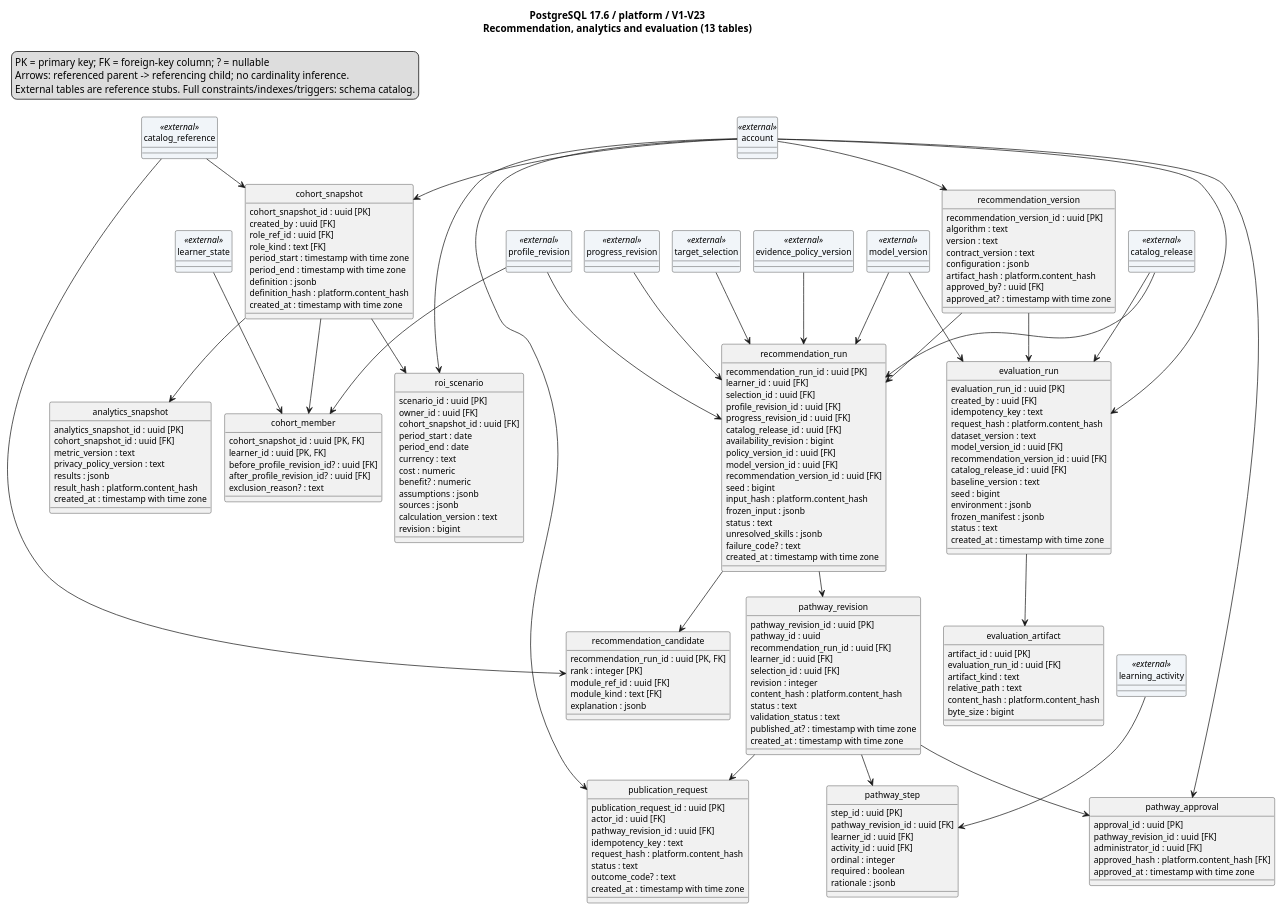
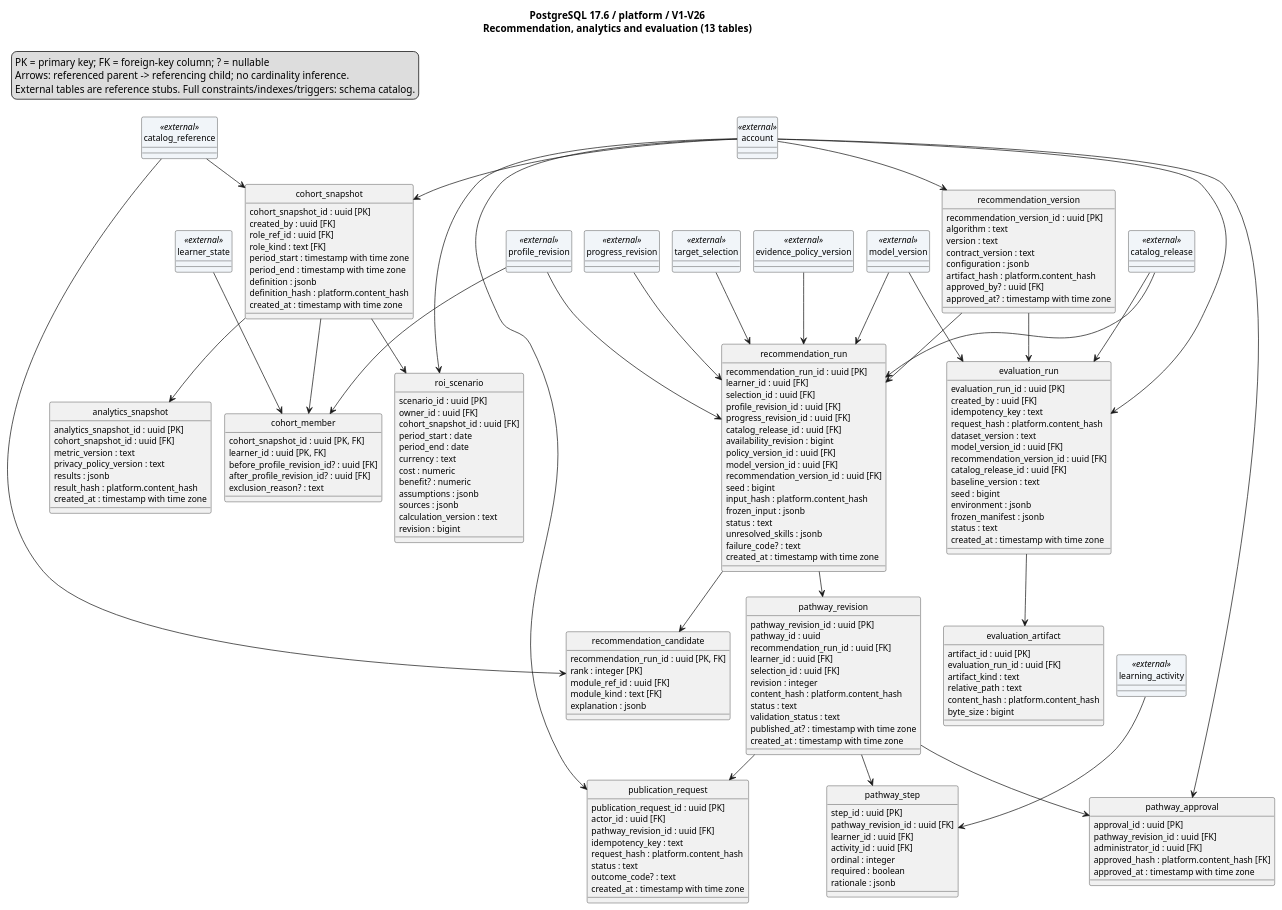
Before and after one commit to SEP490-Fall-2026-GFA26SE64/SEP490: the diagram in documents/diagrams/postgresql-pathway.puml, drawn with PlantUML. The commit also changed 28 other files, not shown here.

Commit message:
docs: refresh verified V26 schema and catalog diagrams

```diff
--- a/documents/diagrams/postgresql-pathway.puml
+++ b/documents/diagrams/postgresql-pathway.puml
@@ -1,195 +1,195 @@
 @startuml
 !pragma layout smetana
 top to bottom direction
 skinparam shadowing false
 hide circle
 skinparam classAttributeIconSize 0
 skinparam defaultFontName SansSerif
 skinparam defaultFontSize 12
-title PostgreSQL 17.6 / platform / V1-V23\nRecommendation, analytics and evaluation (13 tables)
+title PostgreSQL 17.6 / platform / V1-V26\nRecommendation, analytics and evaluation (13 tables)
 legend top left
 PK = primary key; FK = foreign-key column; ? = nullable
 Arrows: referenced parent -> referencing child; no cardinality inference.
 External tables are reference stubs. Full constraints/indexes/triggers: schema catalog.
 endlegend
 class recommendation_version {
   recommendation_version_id : uuid [PK]
   algorithm : text
   version : text
   contract_version : text
   configuration : jsonb
   artifact_hash : platform.content_hash
   approved_by? : uuid [FK]
   approved_at? : timestamp with time zone
 }
 class recommendation_run {
   recommendation_run_id : uuid [PK]
   learner_id : uuid [FK]
   selection_id : uuid [FK]
   profile_revision_id : uuid [FK]
   progress_revision_id : uuid [FK]
   catalog_release_id : uuid [FK]
   availability_revision : bigint
   policy_version_id : uuid [FK]
   model_version_id : uuid [FK]
   recommendation_version_id : uuid [FK]
   seed : bigint
   input_hash : platform.content_hash
   frozen_input : jsonb
   status : text
   unresolved_skills : jsonb
   failure_code? : text
   created_at : timestamp with time zone
 }
 class recommendation_candidate {
   recommendation_run_id : uuid [PK, FK]
   rank : integer [PK]
   module_ref_id : uuid [FK]
   module_kind : text [FK]
   explanation : jsonb
 }
 class pathway_revision {
   pathway_revision_id : uuid [PK]
   pathway_id : uuid
   recommendation_run_id : uuid [FK]
   learner_id : uuid [FK]
   selection_id : uuid [FK]
   revision : integer
   content_hash : platform.content_hash
   status : text
   validation_status : text
   published_at? : timestamp with time zone
   created_at : timestamp with time zone
 }
 class pathway_step {
   step_id : uuid [PK]
   pathway_revision_id : uuid [FK]
   learner_id : uuid [FK]
   activity_id : uuid [FK]
   ordinal : integer
   required : boolean
   rationale : jsonb
 }
 class pathway_approval {
   approval_id : uuid [PK]
   pathway_revision_id : uuid [FK]
   administrator_id : uuid [FK]
   approved_hash : platform.content_hash [FK]
   approved_at : timestamp with time zone
 }
 class publication_request {
   publication_request_id : uuid [PK]
   actor_id : uuid [FK]
   pathway_revision_id : uuid [FK]
   idempotency_key : text
   request_hash : platform.content_hash
   status : text
   outcome_code? : text
   created_at : timestamp with time zone
 }
 class cohort_snapshot {
   cohort_snapshot_id : uuid [PK]
   created_by : uuid [FK]
   role_ref_id : uuid [FK]
   role_kind : text [FK]
   period_start : timestamp with time zone
   period_end : timestamp with time zone
   definition : jsonb
   definition_hash : platform.content_hash
   created_at : timestamp with time zone
 }
 class cohort_member {
   cohort_snapshot_id : uuid [PK, FK]
   learner_id : uuid [PK, FK]
   before_profile_revision_id? : uuid [FK]
   after_profile_revision_id? : uuid [FK]
   exclusion_reason? : text
 }
 class analytics_snapshot {
   analytics_snapshot_id : uuid [PK]
   cohort_snapshot_id : uuid [FK]
   metric_version : text
   privacy_policy_version : text
   results : jsonb
   result_hash : platform.content_hash
   created_at : timestamp with time zone
 }
 class roi_scenario {
   scenario_id : uuid [PK]
   owner_id : uuid [FK]
   cohort_snapshot_id : uuid [FK]
   period_start : date
   period_end : date
   currency : text
   cost : numeric
   benefit? : numeric
   assumptions : jsonb
   sources : jsonb
   calculation_version : text
   revision : bigint
 }
 class evaluation_run {
   evaluation_run_id : uuid [PK]
   created_by : uuid [FK]
   idempotency_key : text
   request_hash : platform.content_hash
   dataset_version : text
   model_version_id : uuid [FK]
   recommendation_version_id : uuid [FK]
   catalog_release_id : uuid [FK]
   baseline_version : text
   seed : bigint
   environment : jsonb
   frozen_manifest : jsonb
   status : text
   created_at : timestamp with time zone
 }
 class evaluation_artifact {
   artifact_id : uuid [PK]
   evaluation_run_id : uuid [FK]
   artifact_kind : text
   relative_path : text
   content_hash : platform.content_hash
   byte_size : bigint
 }
 class account <<external>> #F1F5F9
 class catalog_reference <<external>> #F1F5F9
 class catalog_release <<external>> #F1F5F9
 class evidence_policy_version <<external>> #F1F5F9
 class learner_state <<external>> #F1F5F9
 class learning_activity <<external>> #F1F5F9
 class model_version <<external>> #F1F5F9
 class profile_revision <<external>> #F1F5F9
 class progress_revision <<external>> #F1F5F9
 class target_selection <<external>> #F1F5F9
 account --> cohort_snapshot
 account --> evaluation_run
 account --> pathway_approval
 account --> publication_request
 account --> recommendation_version
 account --> roi_scenario
 catalog_reference --> cohort_snapshot
 catalog_reference --> recommendation_candidate
 catalog_release --> evaluation_run
 catalog_release --> recommendation_run
 cohort_snapshot --> analytics_snapshot
 cohort_snapshot --> cohort_member
 cohort_snapshot --> roi_scenario
 evaluation_run --> evaluation_artifact
 evidence_policy_version --> recommendation_run
 learner_state --> cohort_member
 learning_activity --> pathway_step
 model_version --> evaluation_run
 model_version --> recommendation_run
 pathway_revision --> pathway_approval
 pathway_revision --> pathway_step
 pathway_revision --> publication_request
 profile_revision --> cohort_member
 profile_revision --> recommendation_run
 progress_revision --> recommendation_run
 recommendation_run --> pathway_revision
 recommendation_run --> recommendation_candidate
 recommendation_version --> evaluation_run
 recommendation_version --> recommendation_run
 target_selection --> recommendation_run
 @enduml
```
